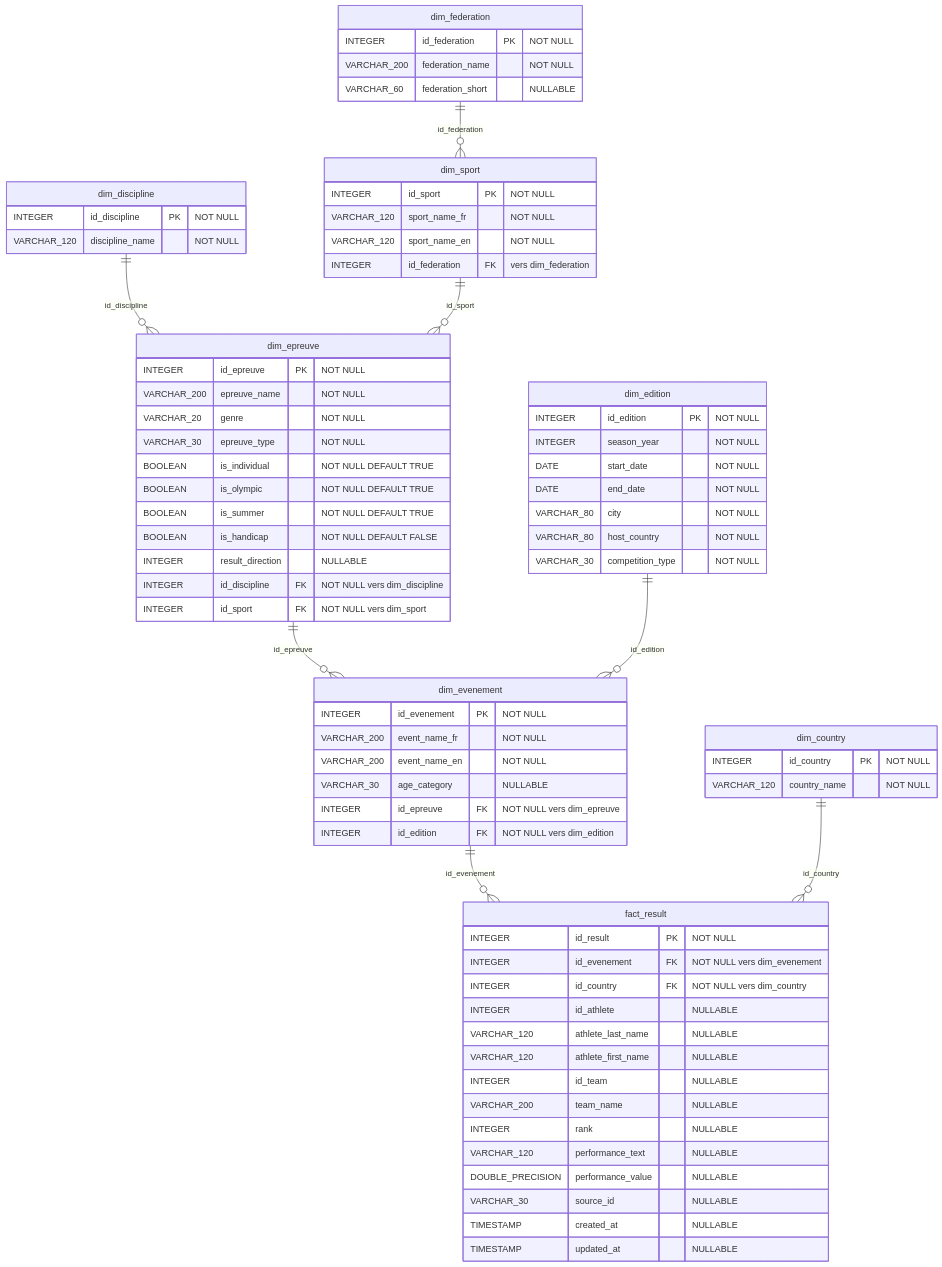
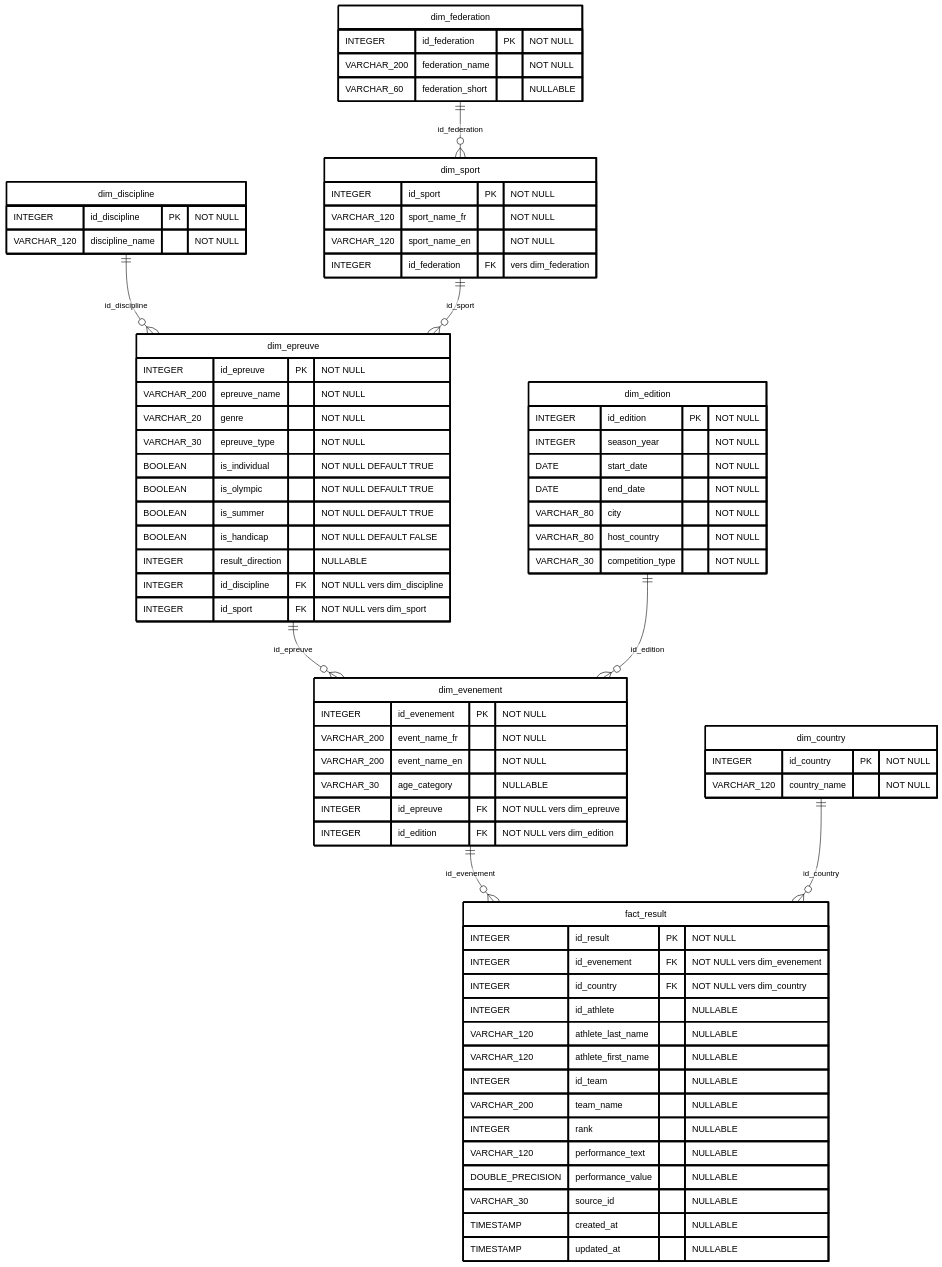
One commit to Daria-data/stream-score-stack changed the diagram in docs/merise_mpd.md. Above: the diagram before and after it, drawn with Mermaid. The commit also changed 7 other files, not shown here.

````diff
--- a/docs/merise_mpd.md
+++ b/docs/merise_mpd.md
@@ -37,4 +37,27 @@
 ```mermaid
+---
+config:
+  theme: base
+  themeVariables:
+    background: "#ffffff"
+    primaryColor: "#ffffff"
+    primaryTextColor: "#000000"
+    secondaryColor: "#ffffff"
+    tertiaryColor: "#ffffff"
+    lineColor: "#000000"
+    primaryBorderColor: "#000000"
+    secondaryBorderColor: "#000000"
+    tertiaryBorderColor: "#000000"
+    mainBkg: "#ffffff"
+    secondBkg: "#ffffff"
+    textColor: "#000000"
+  themeCSS: |
+    .er .entityBox rect, .er .entityBox .attributeBoxEven, .er .entityBox .attributeBoxOdd { fill: #ffffff !important; stroke: #000000 !important; stroke-width: 3px !important; }
+    .er .relationshipLine path { stroke: #000000 !important; stroke-width: 3px !important; fill: none !important; }
+    .er .relationshipLabelBox { fill: #ffffff !important; stroke: #000000 !important; stroke-width: 2px !important; }
+    .er .entityLabel { fill: #000000 !important; }
+    .er .attributeText { fill: #000000 !important; }
+---
 erDiagram
     dim_country {
         INTEGER id_country PK "NOT NULL"
@@ -116,4 +139,13 @@
     dim_edition ||--o{ dim_evenement : "id_edition"
     dim_evenement ||--o{ fact_result : "id_evenement"
     dim_country ||--o{ fact_result : "id_country"
+
+    style dim_country fill:#ffffff,stroke:#000000,stroke-width:3px,color:#000000
+    style dim_federation fill:#ffffff,stroke:#000000,stroke-width:3px,color:#000000
+    style dim_sport fill:#ffffff,stroke:#000000,stroke-width:3px,color:#000000
+    style dim_discipline fill:#ffffff,stroke:#000000,stroke-width:3px,color:#000000
+    style dim_epreuve fill:#ffffff,stroke:#000000,stroke-width:3px,color:#000000
+    style dim_edition fill:#ffffff,stroke:#000000,stroke-width:3px,color:#000000
+    style dim_evenement fill:#ffffff,stroke:#000000,stroke-width:3px,color:#000000
+    style fact_result fill:#ffffff,stroke:#000000,stroke-width:3px,color:#000000
 ```
````
